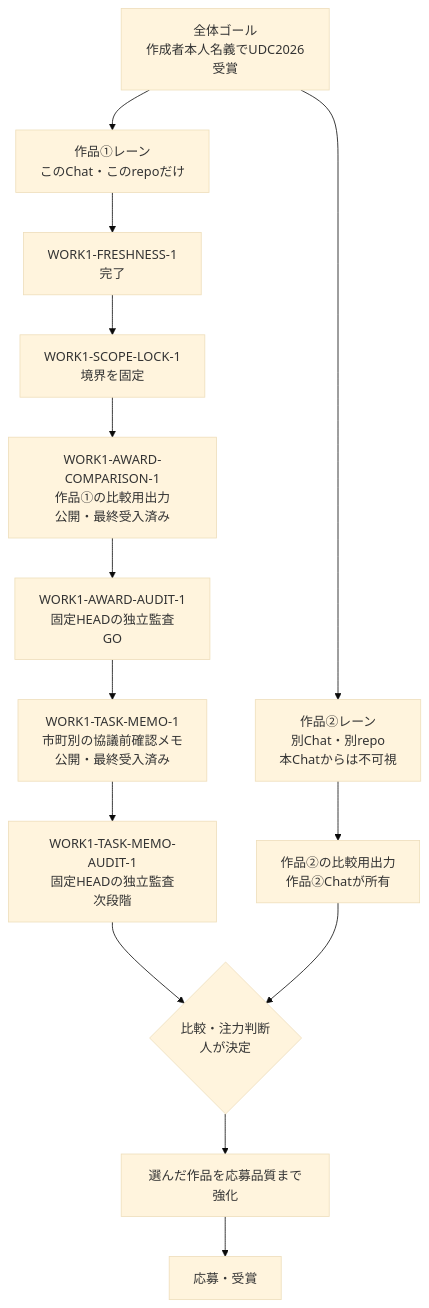
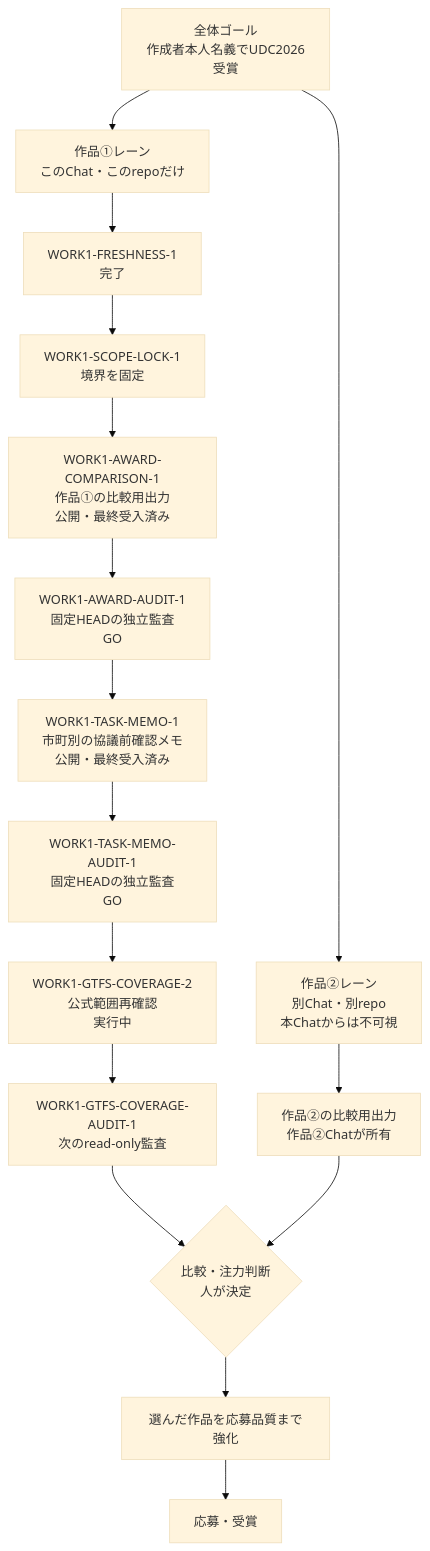
The diagram in WORK_SCOPE.md (yyy-yuichi/yamaguchi-yusho-data), drawn with Mermaid (base theme) before and after one commit. The commit also changed other lines of this file and 25 other files, not shown here.

Commit message:
Expand verified GTFS coverage to Shunan

````diff
--- a/WORK_SCOPE.md
+++ b/WORK_SCOPE.md
@@ -20,22 +20,24 @@
 ```mermaid
 flowchart TD
     G["全体ゴール<br/>作成者本人名義でUDC2026受賞"]
     W1["作品①レーン<br/>このChat・このrepoだけ"]
     W2["作品②レーン<br/>別Chat・別repo<br/>本Chatからは不可視"]
     F["WORK1-FRESHNESS-1<br/>完了"]
     L["WORK1-SCOPE-LOCK-1<br/>境界を固定"]
     C1["WORK1-AWARD-COMPARISON-1<br/>作品①の比較用出力<br/>公開・最終受入済み"]
     A1["WORK1-AWARD-AUDIT-1<br/>固定HEADの独立監査<br/>GO"]
     M1["WORK1-TASK-MEMO-1<br/>市町別の協議前確認メモ<br/>公開・最終受入済み"]
-    A2["WORK1-TASK-MEMO-AUDIT-1<br/>固定HEADの独立監査<br/>次段階"]
+    A2["WORK1-TASK-MEMO-AUDIT-1<br/>固定HEADの独立監査<br/>GO"]
+    V1["WORK1-GTFS-COVERAGE-2<br/>公式範囲再確認<br/>実行中"]
+    V2["WORK1-GTFS-COVERAGE-AUDIT-1<br/>次のread-only監査"]
     C2["作品②の比較用出力<br/>作品②Chatが所有"]
     D{"比較・注力判断<br/>人が決定"}
     S["選んだ作品を応募品質まで強化"]
     A["応募・受賞"]
 
     G --> W1
     G --> W2
-    W1 --> F --> L --> C1 --> A1 --> M1 --> A2 --> D
+    W1 --> F --> L --> C1 --> A1 --> M1 --> A2 --> V1 --> V2 --> D
     W2 --> C2 --> D
     D --> S --> A
 ```
````
